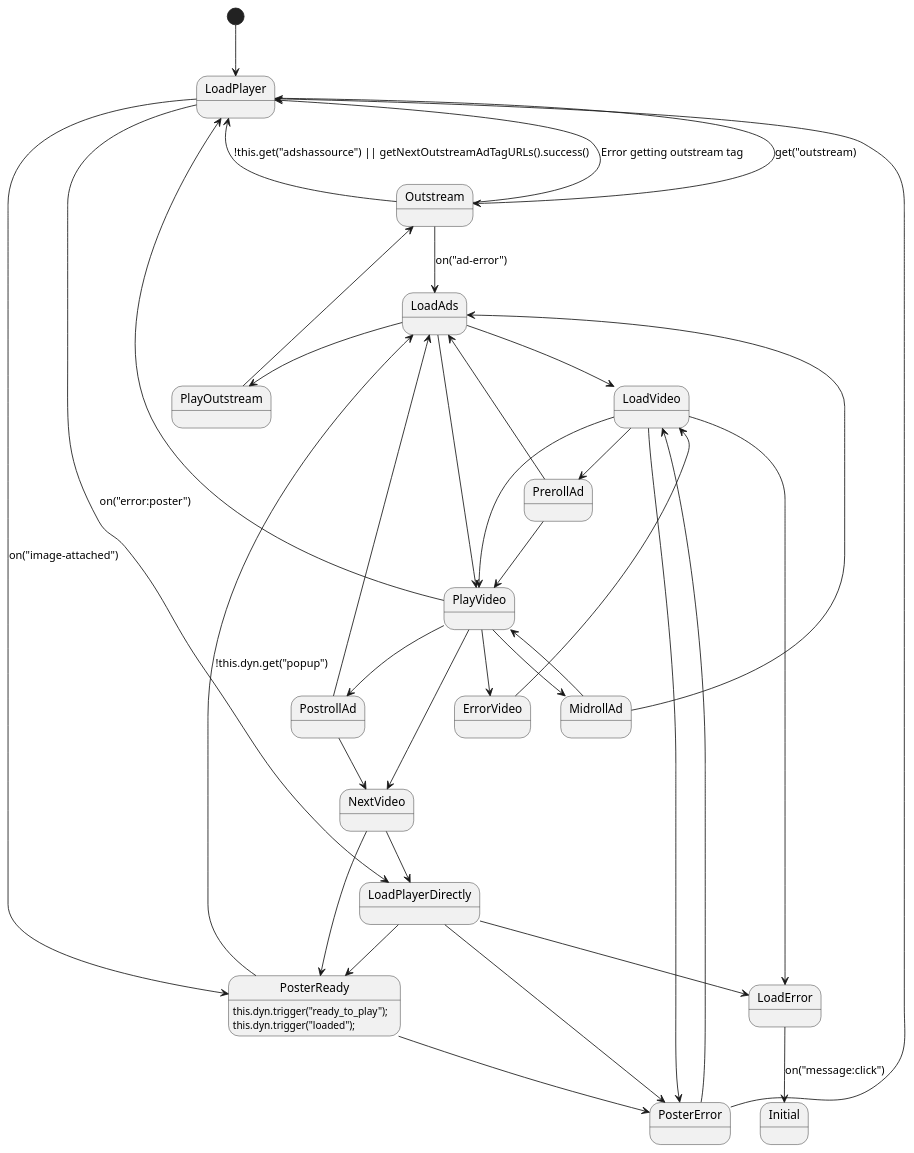
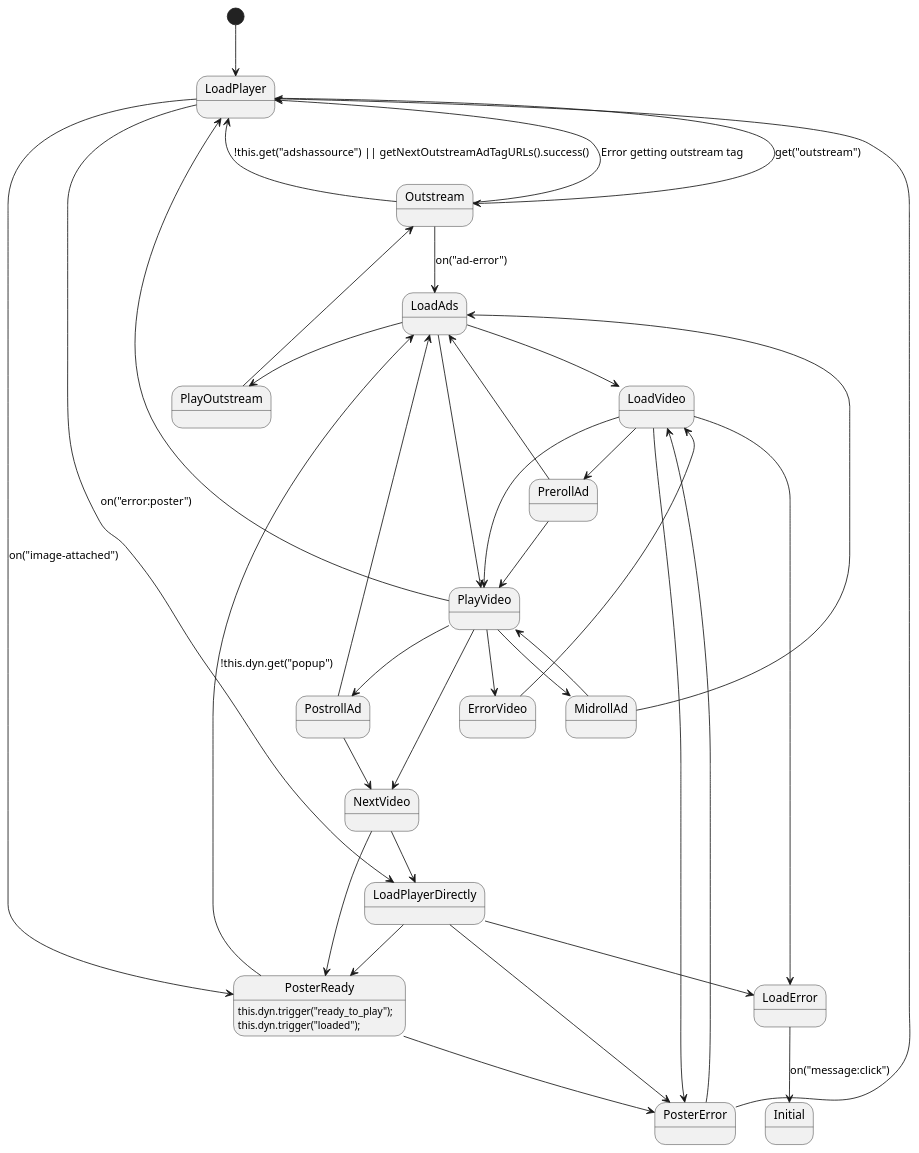
One commit to betajs/betajs-media-components changed the diagram in src/dynamics/video_player/player/states.puml. Above: the diagram before and after it, drawn with PlantUML.

Commit message:
Fix minor typo

```diff
--- a/src/dynamics/video_player/player/states.puml
+++ b/src/dynamics/video_player/player/states.puml
@@ -1,55 +1,55 @@
 @startuml
 [*] --> LoadPlayer
-LoadPlayer --> Outstream : get("outstream)
+LoadPlayer --> Outstream : get("outstream")
 LoadPlayer --> LoadPlayerDirectly : on("error:poster")
 LoadPlayer -->  PosterReady : on("image-attached")
 
 Outstream --> LoadPlayer : !this.get("adshassource") || getNextOutstreamAdTagURLs().success()
 Outstream --> LoadAds : on("ad-error")
 Outstream --> LoadPlayer : Error getting outstream tag
 
 LoadPlayerDirectly --> LoadError
 LoadPlayerDirectly --> PosterError
 LoadPlayerDirectly --> PosterReady
 
 PosterReady : this.dyn.trigger("ready_to_play");
 PosterReady : this.dyn.trigger("loaded");
 PosterReady --> PosterError
 PosterReady --> LoadAds : !this.dyn.get("popup")
 
 LoadAds --> LoadVideo
 LoadAds --> PlayOutstream
 LoadAds --> PlayVideo
 
 LoadError --> Initial : on("message:click")
 
 PosterError --> LoadVideo
 PosterError --> LoadPlayer
 
 LoadVideo --> PrerollAd
 LoadVideo --> LoadError
 LoadVideo --> PosterError
 LoadVideo --> PlayVideo
 
 PlayOutstream --> Outstream
 
 PlayVideo --> MidrollAd
 PlayVideo --> PostrollAd
 PlayVideo --> LoadPlayer
 PlayVideo --> NextVideo
 PlayVideo --> ErrorVideo
 
 PrerollAd --> LoadAds
 PrerollAd --> PlayVideo
 
 MidrollAd --> LoadAds
 MidrollAd --> PlayVideo
 
 PostrollAd --> LoadAds
 PostrollAd --> NextVideo
 
 NextVideo --> LoadPlayerDirectly
 NextVideo --> PosterReady
 
 ErrorVideo --> LoadVideo
 @enduml
```
